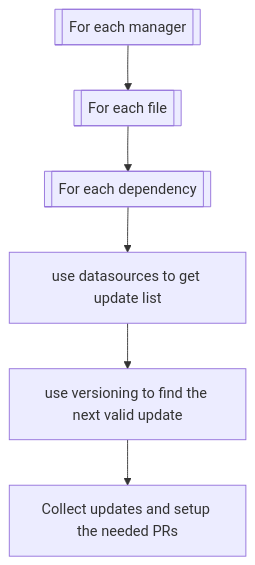
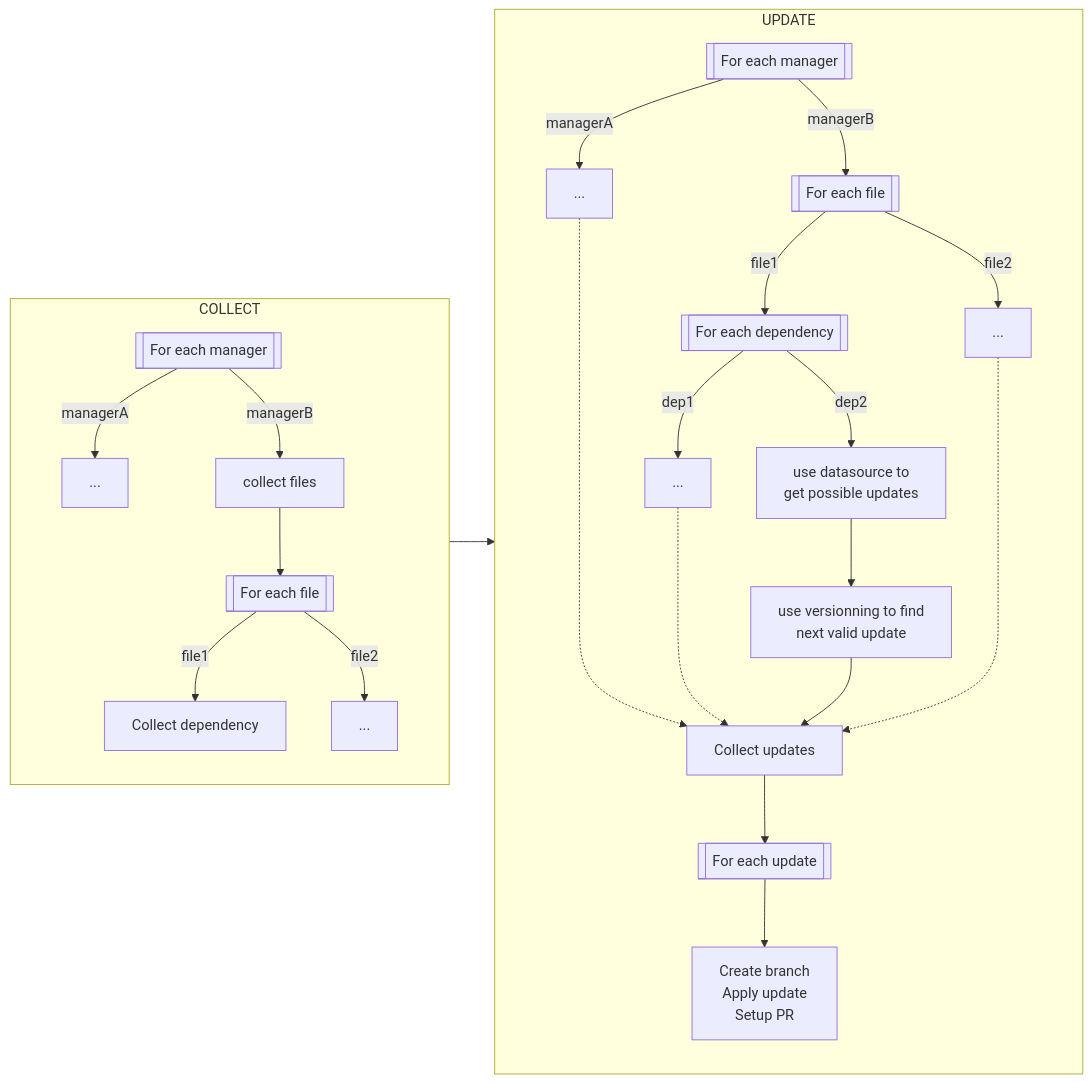
One commit to renovatebot/renovate changed the first of 2 diagrams in docs/usage/key-concepts/how-it-works.md. Above: the diagram before and after it, drawn with Mermaid. The commit also changed other lines of this file, not shown here.

````diff
--- a/docs/usage/key-concepts/how-it-works.md
+++ b/docs/usage/key-concepts/how-it-works.md
@@ -28,9 +38,43 @@
 ```mermaid
-flowchart TD
-  FEM[[For each manager]]
-  FEM --> FEF[[For each file]]
-  FEF --> FED[[For each dependency]]
-  FED --> DS[use datasources to get update list]
-  DS --> VR[use versioning to find the next valid update]
-  VR --> PR[Collect updates and setup the needed PRs]
+flowchart LR
+  subgraph COLLECT
+    direction TB
+    CC[[For each manager]]
+    CC -->|managerA| CD["..."]
+    CC -->|managerB| CCF["collect files"]
+
+    CCF --> CFEF[[For each file]]
+
+    CFEF -->|file1| CCD1[Collect dependency]
+    CFEF -->|file2| CCD2[...]
+  end
+
+  subgraph UPDATE
+    direction TB
+
+    UC[[For each manager]]
+    UC -->|managerA| UD["..."]
+    UC -->|managerB| UFEF[[For each file]]
+
+    UFEF -->|file1| FED[[For each dependency]]
+    UFEF -->|file2| FED2[...]
+
+
+    FED -->|dep1| D1[...]
+    D1 -..-> CU
+    FED -->|dep2| D2[use datasource to\n get possible updates]
+    D2 --> J[use versionning to find \n next valid update]
+
+    FED2 -...-> CU
+
+    UD -....-> CU
+    J --> CU[Collect updates]
+
+    CU --> FEU[[For each update]]
+
+    FEU --> AU[Create branch\nApply update\nSetup PR]
+
+  end
+
+  COLLECT --> UPDATE
 ```
````
